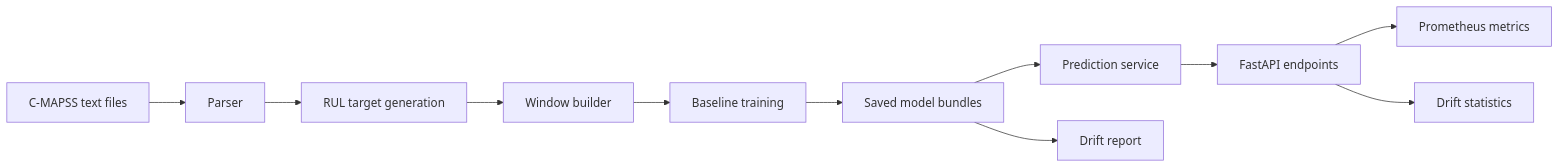
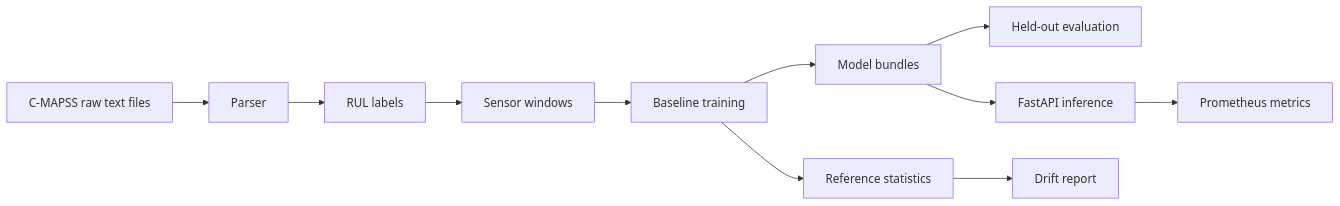
The diagram in docs/architecture.md (AmmarHafeez/industrial-maintenance-mlops), drawn with Mermaid before and after one commit. The commit also changed other lines of this file and 3 other files, not shown here.

````diff
--- a/docs/architecture.md
+++ b/docs/architecture.md
@@ -7,13 +10,13 @@
 ```mermaid
 flowchart LR
-    A["C-MAPSS text files"] --> B["Parser"]
-    B --> C["RUL target generation"]
-    C --> D["Window builder"]
+    A["C-MAPSS raw text files"] --> B["Parser"]
+    B --> C["RUL labels"]
+    C --> D["Sensor windows"]
     D --> E["Baseline training"]
-    E --> F["Saved model bundles"]
-    F --> G["Prediction service"]
-    G --> H["FastAPI endpoints"]
-    H --> I["Prometheus metrics"]
-    H --> J["Drift statistics"]
-    F --> K["Drift report"]
+    E --> F["Model bundles"]
+    E --> G["Reference statistics"]
+    F --> H["Held-out evaluation"]
+    F --> I["FastAPI inference"]
+    G --> J["Drift report"]
+    I --> K["Prometheus metrics"]
 ```
````
